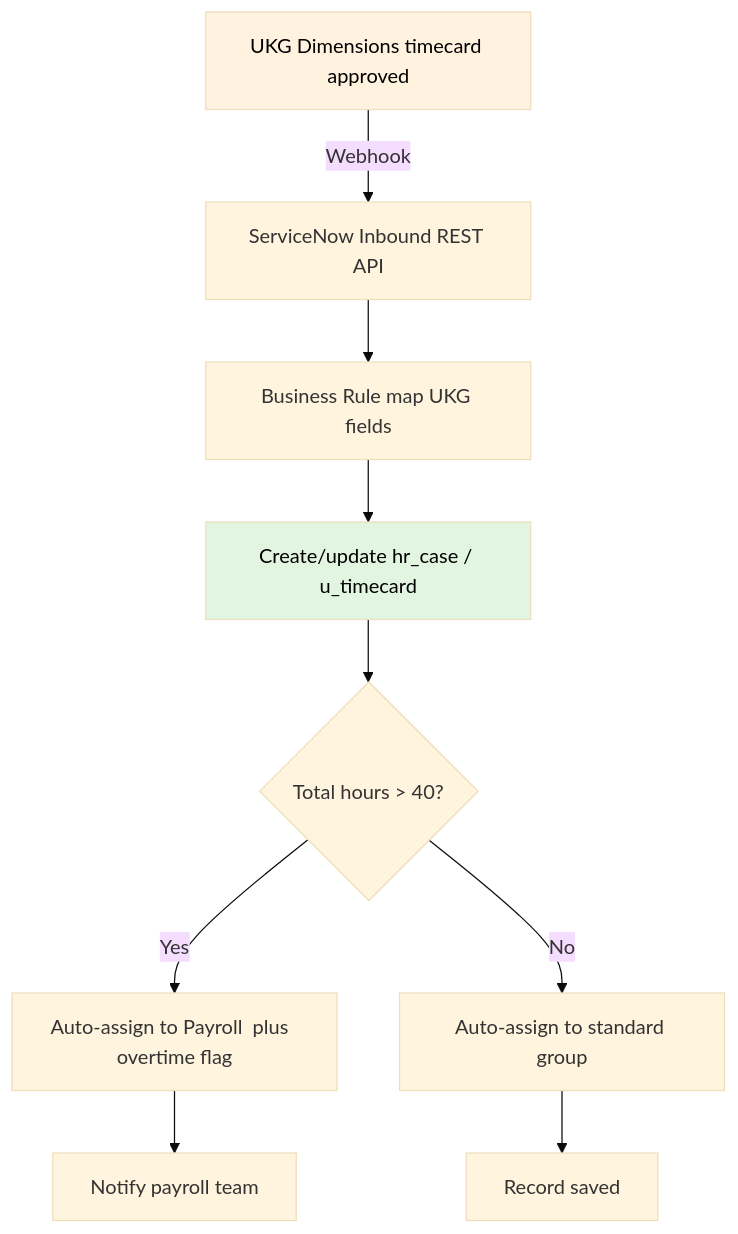
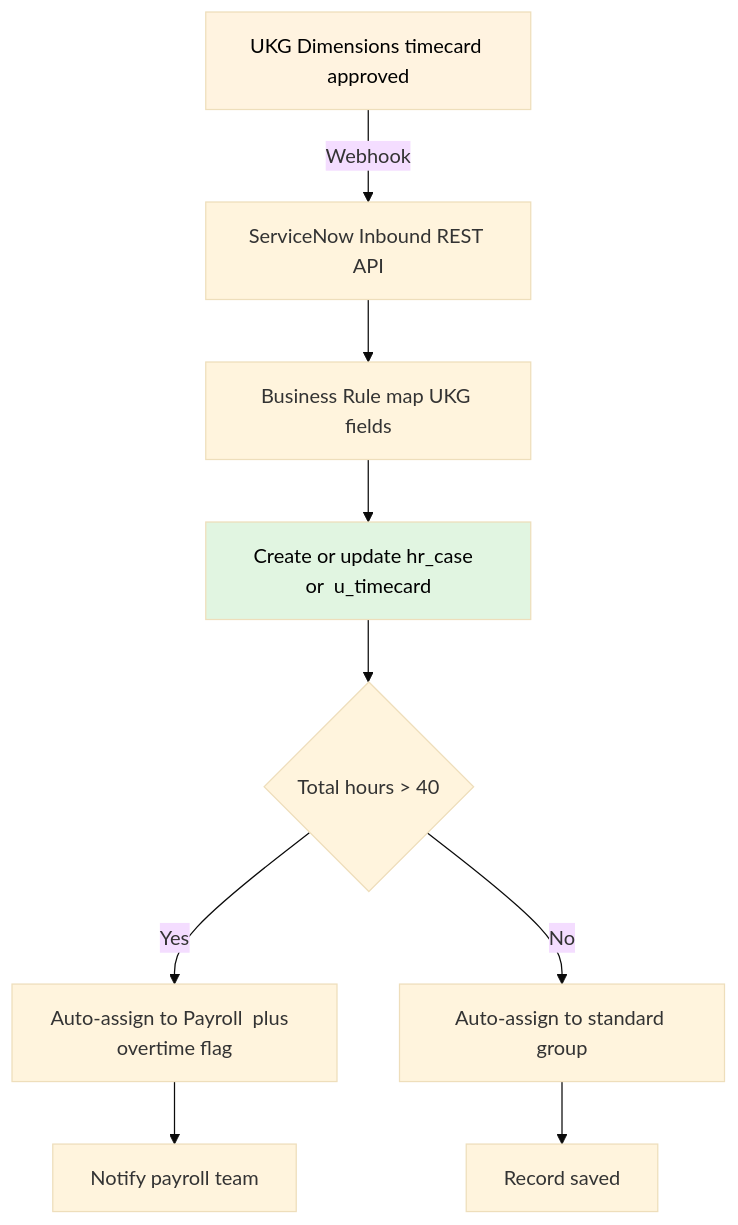
One commit to eltonaguiar/ServiceNow_Learning_TSOM-_CSM_FSM_SalesCRM_HAM_ITSM changed the second of 6 diagrams in docs/modules/other/other-guide.md. Above: the diagram before and after it, drawn with Mermaid (base theme). The commit also changed other lines of this file and 19 other files, not shown here.

First line of the commit message:
Fix Mermaid diagram syntax errors - replace problematic chars in text content only

````diff
--- a/docs/modules/other/other-guide.md
+++ b/docs/modules/other/other-guide.md
@@ -1331,14 +1331,14 @@
 ```mermaid
 flowchart TD
     UKG[UKG Dimensions timecard approved] -->|Webhook| API[ServiceNow Inbound REST API]
     API --> BR[Business Rule map UKG fields]
-    BR --> Case[Create/update hr_case / u_timecard]
-    Case --> Assign{Total hours > 40?}
+    BR --> Case[Create or update hr_case  or  u_timecard]
+    Case --> Assign{Total hours > 40}
     Assign -->|Yes| OT[Auto-assign to Payroll  plus  overtime flag]
     Assign -->|No| Normal[Auto-assign to standard group]
     OT --> Notify[Notify payroll team]
     Normal --> Done[Record saved]
 
     style UKG fill:#fff3e0,color:#000
     style Case fill:#e1f5e1,color:#000
 ```
````
